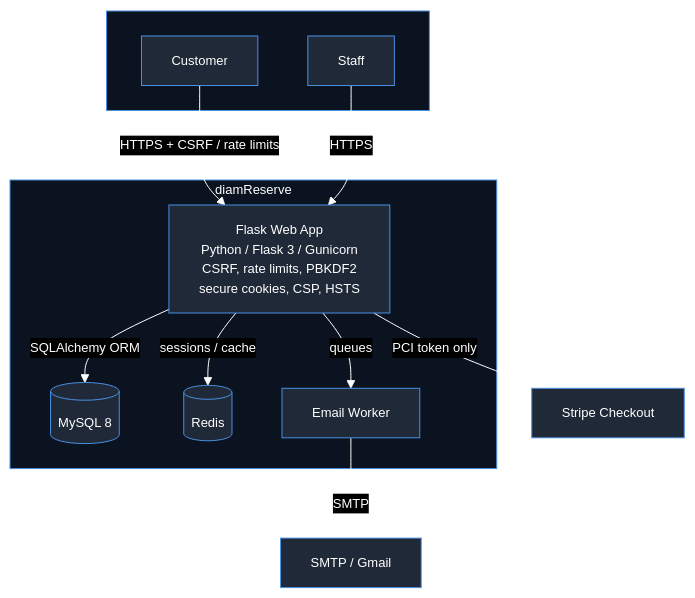
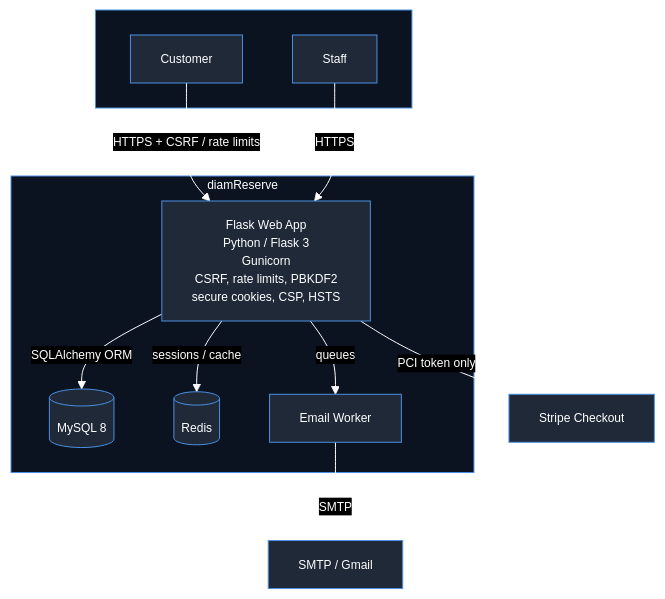
One commit to adam-scholey/adam-scholey.github.io changed the diagram in diagrams/diamreserve.mmd. Above: the diagram before and after it, drawn with Mermaid. The commit also changed 3 other files, not shown here.

Commit message:
fix: improve mermaid diagram text wrapping and regenerate links

```diff
--- a/diagrams/diamreserve.mmd
+++ b/diagrams/diamreserve.mmd
@@ -1,25 +1,24 @@
-%%{init: {'theme':'base','themeVariables':{'darkMode':true,'background':'#0d1117','primaryColor':'#1f2937','primaryTextColor':'#ffffff','primaryBorderColor':'#4a90e2','secondaryColor':'#111827','secondaryTextColor':'#ffffff','secondaryBorderColor':'#4a90e2','tertiaryColor':'#0b1220','tertiaryTextColor':'#ffffff','tertiaryBorderColor':'#4a90e2','lineColor':'#ffffff','arrowheadColor':'#ffffff','textColor':'#ffffff','fontSize':'13px'}}}%%
+%%{init: {'theme':'base','themeVariables':{'darkMode':true,'background':'#0d1117','primaryColor':'#1f2937','primaryTextColor':'#ffffff','primaryBorderColor':'#4a90e2','secondaryColor':'#111827','secondaryTextColor':'#ffffff','secondaryBorderColor':'#4a90e2','tertiaryColor':'#0b1220','tertiaryTextColor':'#ffffff','tertiaryBorderColor':'#4a90e2','lineColor':'#ffffff','arrowheadColor':'#ffffff','textColor':'#ffffff','fontSize':'12px'}}}%%
 flowchart TB
-    subgraph Client[" "
-]
+    subgraph Client[" "]
         customer[Customer]
         staff[Staff]
     end
 
     subgraph diamReserve["diamReserve"]
-        flask[Flask Web App<br/>Python / Flask 3 / Gunicorn<br/>CSRF, rate limits, PBKDF2<br/>secure cookies, CSP, HSTS]
+        flask[Flask Web App<br/>Python / Flask 3<br/>Gunicorn<br/>CSRF, rate limits, PBKDF2<br/>secure cookies, CSP, HSTS]
         mysql[(MySQL 8)]
         redis[(Redis)]
         mail[Email Worker]
     end
 
     stripe[Stripe Checkout]
     smtp[SMTP / Gmail]
 
     customer -->|HTTPS + CSRF / rate limits| flask
     staff -->|HTTPS| flask
     flask -->|SQLAlchemy ORM| mysql
     flask -->|sessions / cache| redis
     flask -->|queues| mail
     mail -->|SMTP| smtp
     flask -->|PCI token only| stripe
```
